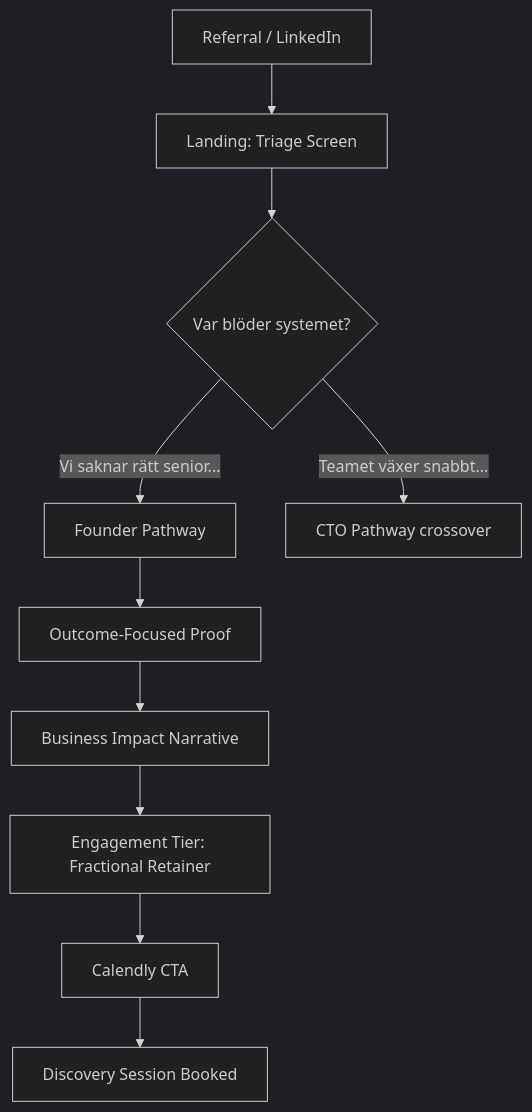
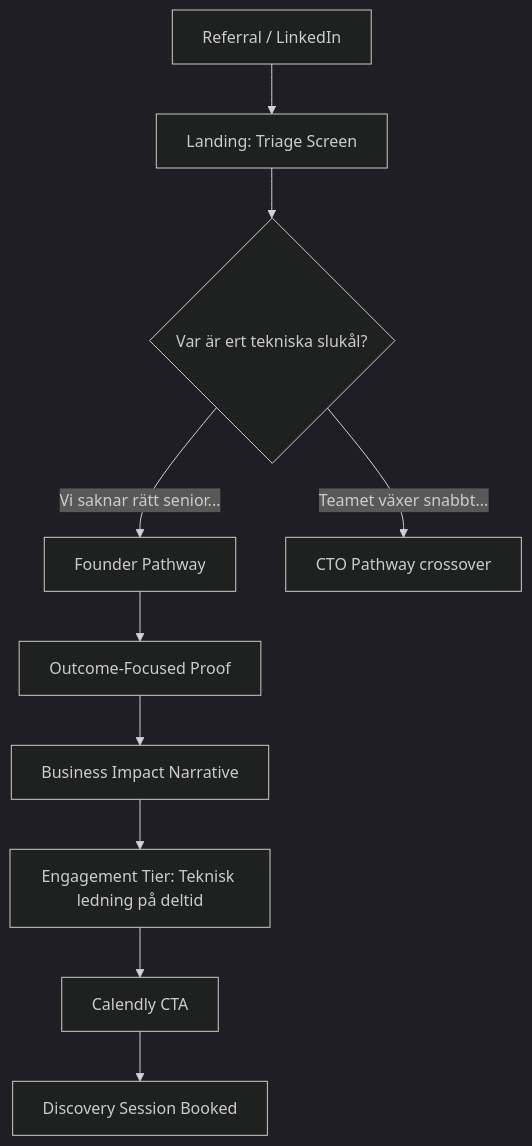
The second of 3 diagrams in _bmad-output/planning-artifacts/ux-design-specification.md (rthunborg/enhancior.se), drawn with Mermaid (dark theme) before and after one commit. The commit also changed other lines of this file, not shown here.

Commit message:
docs: update UX spec with current Swedish copy and tier names

````diff
--- a/_bmad-output/planning-artifacts/ux-design-specification.md
+++ b/_bmad-output/planning-artifacts/ux-design-specification.md
@@ -505,12 +505,12 @@
 ```mermaid
 flowchart TD
     A["Referral / LinkedIn"] --> B["Landing: Triage Screen"]
-    B --> C{"Var blöder systemet?"}
+    B --> C{"Var är ert tekniska slukål?"}
     C -->|"Vi saknar rätt senior..."| D["Founder Pathway"]
     C -->|"Teamet växer snabbt..."| D2["CTO Pathway crossover"]
     D --> E["Outcome-Focused Proof"]
     E --> F["Business Impact Narrative"]
-    F --> G["Engagement Tier: Fractional Retainer"]
+    F --> G["Engagement Tier: Teknisk ledning på deltid"]
     G --> H["Calendly CTA"]
     H --> I["Discovery Session Booked"]
 ```
````
